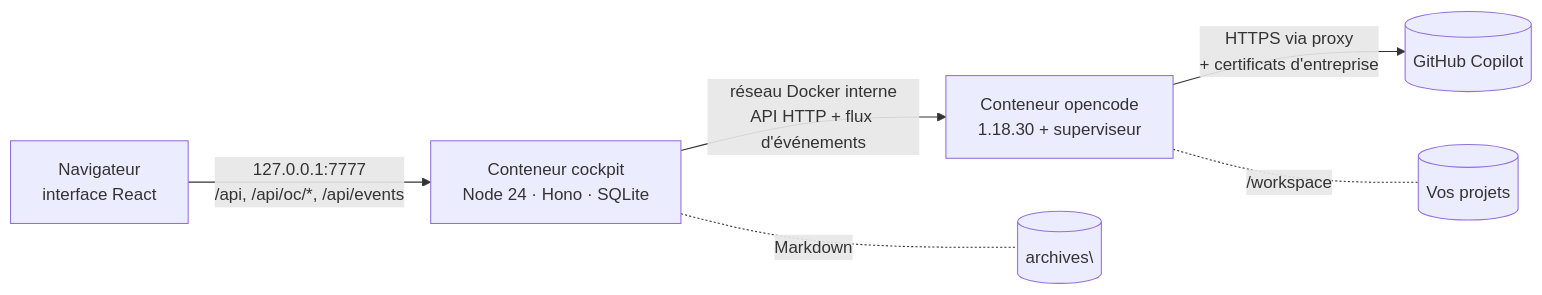
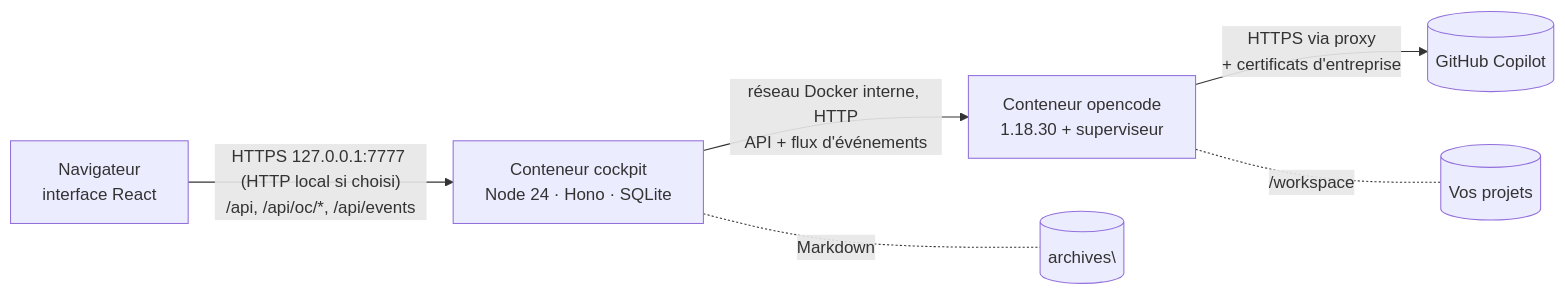
The diagram in docs/RECAPITULATIF.md (Calgar50/opencode-cockpit), drawn with Mermaid before and after one commit. The commit also changed other lines of this file and 3 other files, not shown here.

````diff
--- a/docs/RECAPITULATIF.md
+++ b/docs/RECAPITULATIF.md
@@ -441,8 +459,8 @@
 ```mermaid
 flowchart LR
-  B[Navigateur<br/>interface React] -- "127.0.0.1:7777<br/>/api, /api/oc/*, /api/events" --> C[Conteneur cockpit<br/>Node 24 · Hono · SQLite]
-  C -- "réseau Docker interne<br/>API HTTP + flux d'événements" --> O[Conteneur opencode<br/>1.18.30 + superviseur]
+  B[Navigateur<br/>interface React] -- "HTTPS 127.0.0.1:7777 (HTTP local si choisi)<br/>/api, /api/oc/*, /api/events" --> C[Conteneur cockpit<br/>Node 24 · Hono · SQLite]
+  C -- "réseau Docker interne, HTTP<br/>API + flux d'événements" --> O[Conteneur opencode<br/>1.18.30 + superviseur]
   O -- "HTTPS via proxy<br/>+ certificats d'entreprise" --> G[(GitHub Copilot)]
   O -. "/workspace" .- W[(Vos projets)]
   C -. "Markdown" .- A[(archives\)]
 ```
````
